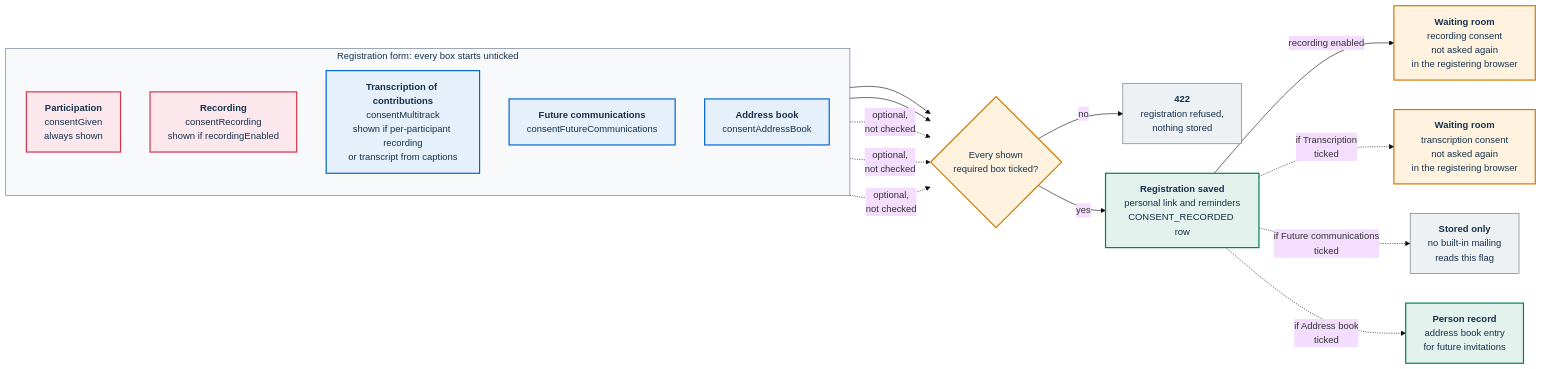
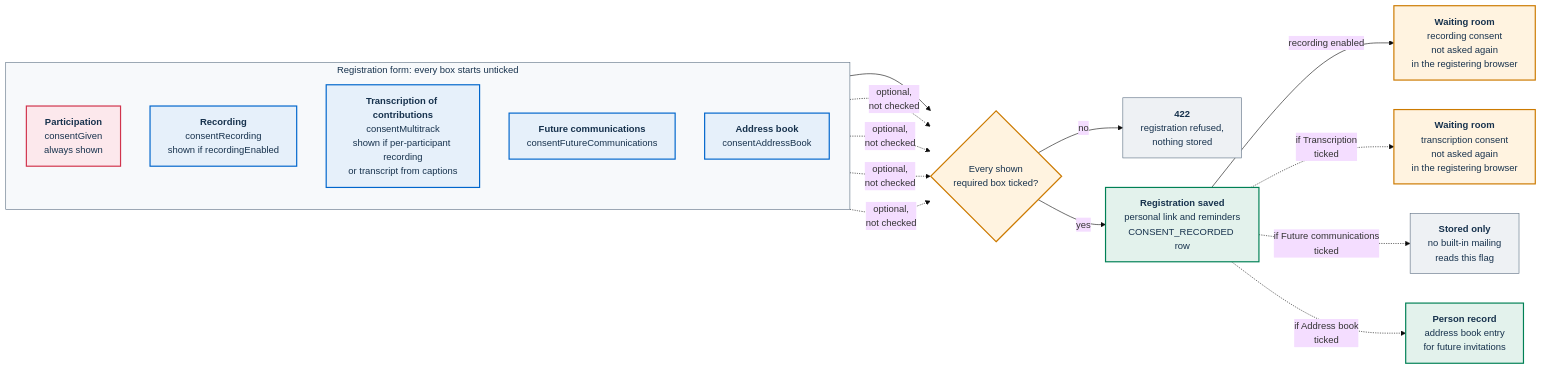
The first of 3 diagrams in docs/GDPR.md (italia/pa-webinar), drawn with Mermaid (base theme) before and after one commit. The commit also changed other lines of this file and 104 other files, not shown here.

First line of the commit message:
feat(live): keep people without recording consent out of the recording

````diff
--- a/docs/GDPR.md
+++ b/docs/GDPR.md
@@ -141,38 +141,38 @@
 ```mermaid
 flowchart LR
   classDef req fill:#FCE8EC,stroke:#D1344C,stroke-width:2px,color:#17324D
   classDef opt fill:#E6F0FA,stroke:#0066CC,stroke-width:2px,color:#17324D
   classDef gate fill:#FFF3E0,stroke:#CC7A00,stroke-width:2px,color:#17324D
   classDef data fill:#E3F2EC,stroke:#008055,stroke-width:2px,color:#17324D
   classDef ext fill:#EEF1F4,stroke:#5C6F82,stroke-width:1px,color:#17324D
 
   subgraph FORM["Registration form: every box starts unticked"]
     direction TB
     C1["<b>Participation</b><br/>consentGiven<br/>always shown"]:::req
-    C2["<b>Recording</b><br/>consentRecording<br/>shown if recordingEnabled"]:::req
+    C2["<b>Recording</b><br/>consentRecording<br/>shown if recordingEnabled"]:::opt
     C3["<b>Transcription of contributions</b><br/>consentMultitrack<br/>shown if per-participant recording<br/>or transcript from captions"]:::opt
     C4["<b>Future communications</b><br/>consentFutureCommunications"]:::opt
     C5["<b>Address book</b><br/>consentAddressBook"]:::opt
   end
   style FORM fill:#F7F9FB,stroke:#5C6F82,color:#17324D
 
   Q{"Every shown<br/>required box ticked?"}:::gate
   NO["<b>422</b><br/>registration refused,<br/>nothing stored"]:::ext
   G1["<b>Registration saved</b><br/>personal link and reminders<br/>CONSENT_RECORDED row"]:::data
   G2["<b>Waiting room</b><br/>recording consent<br/>not asked again<br/>in the registering browser"]:::gate
   G3["<b>Waiting room</b><br/>transcription consent<br/>not asked again<br/>in the registering browser"]:::gate
   G4["<b>Stored only</b><br/>no built-in mailing<br/>reads this flag"]:::ext
   G5["<b>Person record</b><br/>address book entry<br/>for future invitations"]:::data
 
   C1 --> Q
-  C2 --> Q
+  C2 -.->|"optional,<br/>not checked"| Q
   C3 -.->|"optional,<br/>not checked"| Q
   C4 -.->|"optional,<br/>not checked"| Q
   C5 -.->|"optional,<br/>not checked"| Q
   Q -->|"no"| NO
   Q -->|"yes"| G1
   G1 -->|"recording enabled"| G2
   G1 -.->|"if Transcription<br/>ticked"| G3
   G1 -.->|"if Future communications<br/>ticked"| G4
   G1 -.->|"if Address book<br/>ticked"| G5
 ```
````
